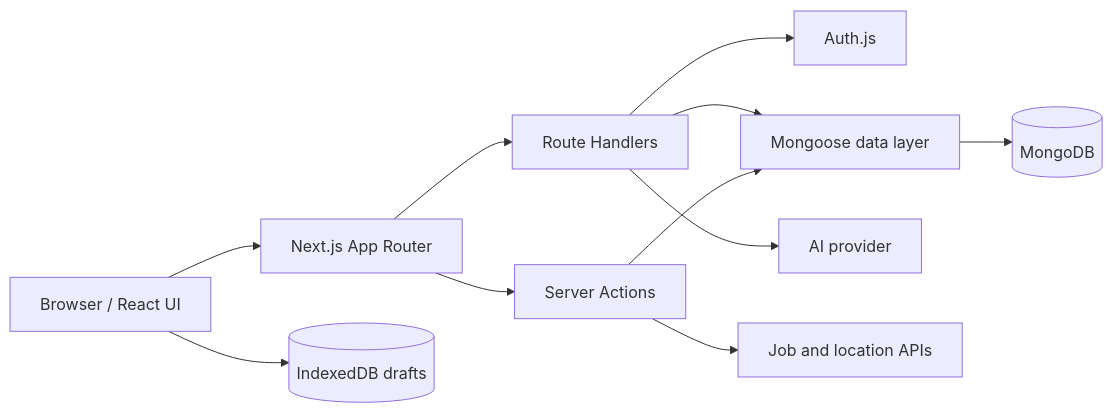
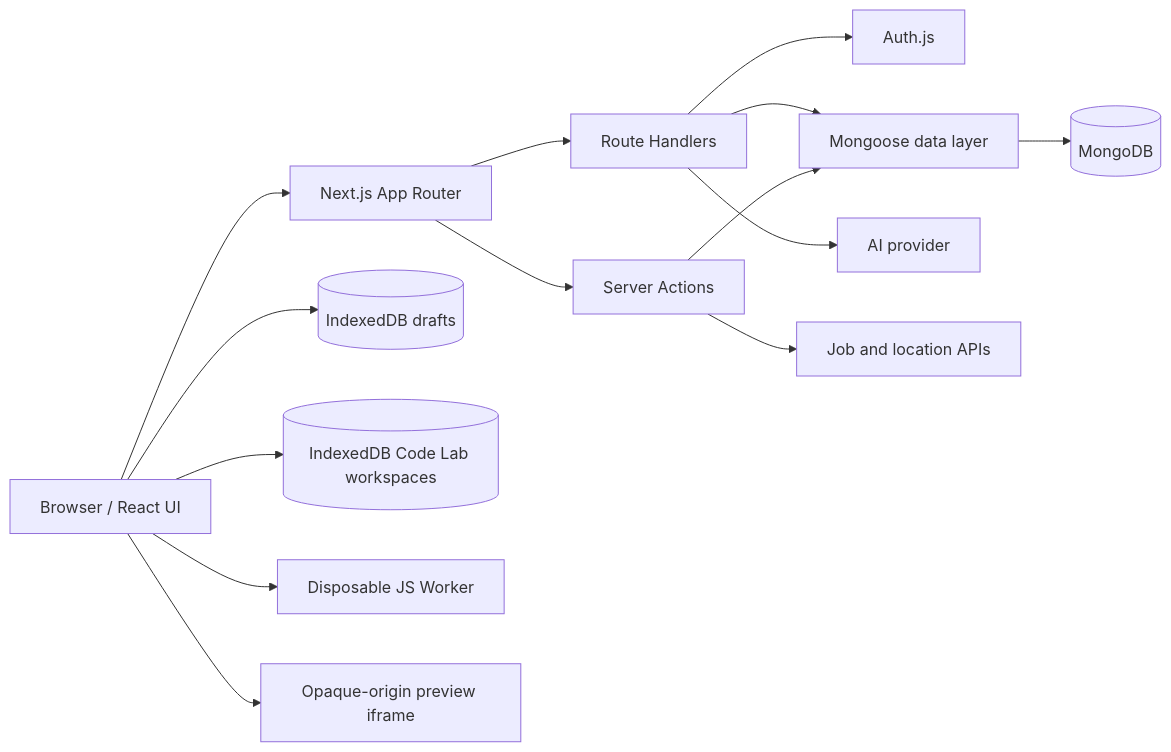
One commit to ffgzz/devflow changed the diagram in README.md. Above: the diagram before and after it, drawn with Mermaid. The commit also changed other lines of this file and 73 other files, not shown here.

````diff
--- a/README.md
+++ b/README.md
@@ -35,13 +41,16 @@
 ```mermaid
 flowchart LR
   Browser["Browser / React UI"] --> AppRouter["Next.js App Router"]
   Browser --> Drafts[(IndexedDB drafts)]
+  Browser --> Playground[(IndexedDB Code Lab workspaces)]
+  Browser --> Worker["Disposable JS Worker"]
+  Browser --> Preview["Opaque-origin preview iframe"]
   AppRouter --> Actions["Server Actions"]
   AppRouter --> Routes["Route Handlers"]
   Routes --> Auth["Auth.js"]
   Actions --> Mongoose["Mongoose data layer"]
   Routes --> Mongoose
   Mongoose --> MongoDB[(MongoDB)]
   Routes --> AI["AI provider"]
   Actions --> Jobs["Job and location APIs"]
 ```
````
